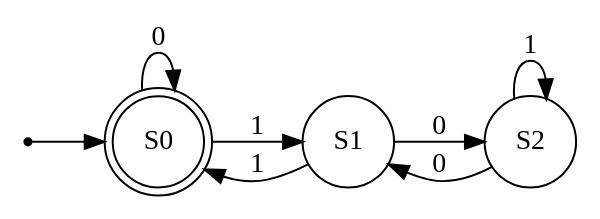
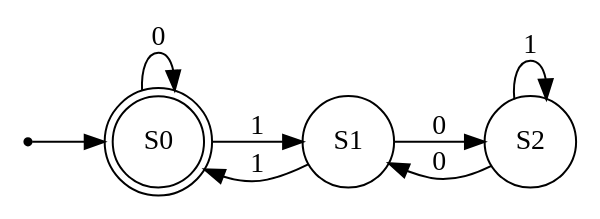
The diagram in examples/graph2_dfa.dot (Quentin18/fsmdot), drawn with Graphviz before and after one commit. The commit also changed 15 other files, not shown here.

```diff
--- a/examples/graph2_dfa.dot
+++ b/examples/graph2_dfa.dot
@@ -1,13 +1,13 @@
-strict digraph DFA {
+strict digraph FSM {
 	graph [rankdir=LR];
 	node [shape=circle];
+	null	[shape=point];
 	S0	[shape=doublecircle];
+	null -> S0;
 	S0 -> S0	[label=0];
 	S0 -> S1	[label=1];
+	S2 -> S2	[label=1];
+	S2 -> S1	[label=0];
 	S1 -> S0	[label=1];
 	S1 -> S2	[label=0];
-	S2 -> S1	[label=0];
-	S2 -> S2	[label=1];
-	null	[shape=point];
-	null -> S0;
 }
```
